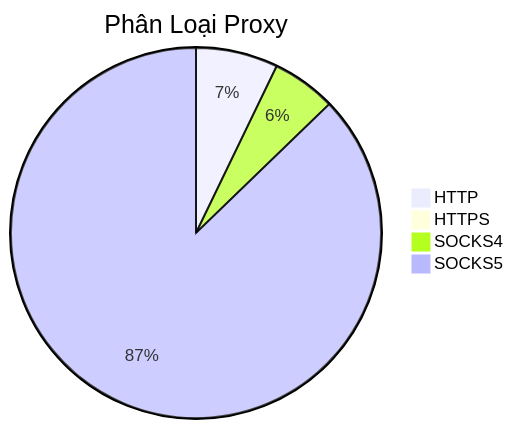
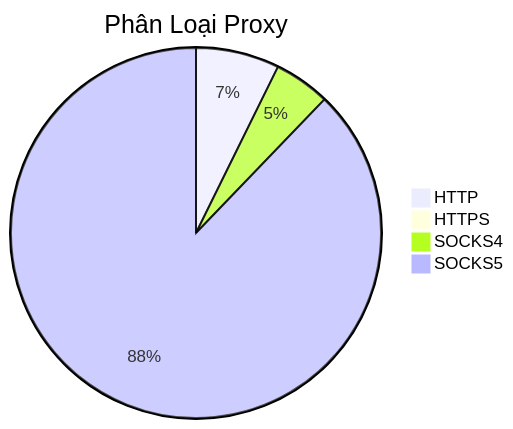
One commit to Ciara-Aa/PROXY-free changed the diagram in README.md. Above: the diagram before and after it, drawn with Mermaid. The commit also changed other lines of this file and 4 other files, not shown here.

````diff
--- a/README.md
+++ b/README.md
@@ -26,7 +26,7 @@
 ```mermaid
 pie title Phân Loại Proxy
     "HTTP" : 438
-    "HTTPS" : 5
-    "SOCKS4" : 342
-    "SOCKS5" : 5331
+    "HTTPS" : 4
+    "SOCKS4" : 294
+    "SOCKS5" : 5275
 ```
````
